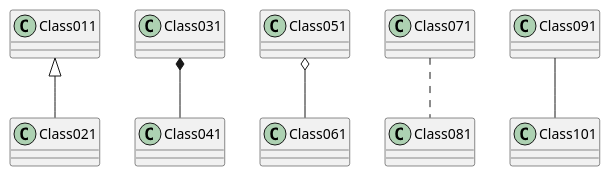
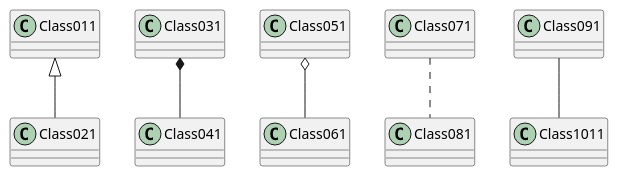
Before and after one commit to weichware10/meilensteine: the diagram in meilenstein_03/sub/pumltest2.puml, drawn with PlantUML. The commit also changed 2 other files, not shown here.

```diff
--- a/meilenstein_03/sub/pumltest2.puml
+++ b/meilenstein_03/sub/pumltest2.puml
@@ -1,7 +1,7 @@
 @startuml test
 Class011 <|-- Class021
 Class031 *-- Class041
 Class051 o-- Class061
 Class071 .. Class081
-Class091 -- Class101
+Class091 -- Class1011
 @enduml
```
